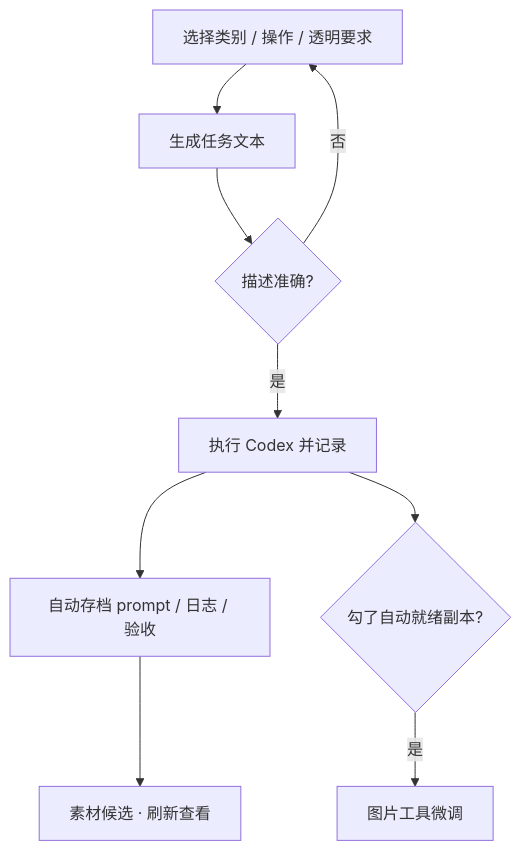
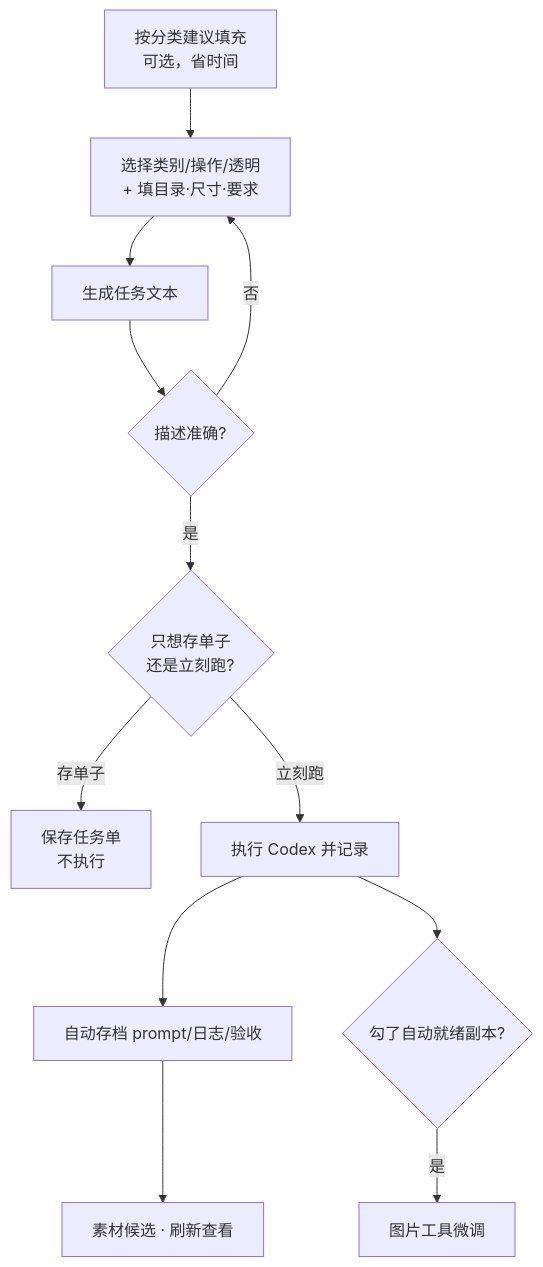
The diagram in docs/editors/workbench/asset-task.md (wubugui/GDoc), drawn with Mermaid before and after one commit. The commit also changed other lines of this file and 112 other files, not shown here.

````diff
--- a/docs/editors/workbench/asset-task.md
+++ b/docs/editors/workbench/asset-task.md
@@ -35,11 +35,14 @@
 ```mermaid
 flowchart TB
-    FILL[选择类别 / 操作 / 透明要求] --> TEXT[生成任务文本]
+    SUGGEST[按分类建议填充<br/>可选，省时间] --> FILL[选择类别/操作/透明<br/>+ 填目录·尺寸·要求]
+    FILL --> TEXT[生成任务文本]
     TEXT --> OK{描述准确?}
     OK -->|否| FILL
-    OK -->|是| RUN[执行 Codex 并记录]
-    RUN --> LOG[自动存档 prompt / 日志 / 验收]
+    OK -->|是| CHOICE{只想存单子<br/>还是立刻跑?}
+    CHOICE -->|存单子| SAVE[保存任务单<br/>不执行]
+    CHOICE -->|立刻跑| RUN[执行 Codex 并记录]
+    RUN --> LOG[自动存档 prompt/日志/验收]
     LOG --> CAND[素材候选 · 刷新查看]
     RUN --> READY{勾了自动就绪副本?}
     READY -->|是| IMG[图片工具微调]
 ```
````
